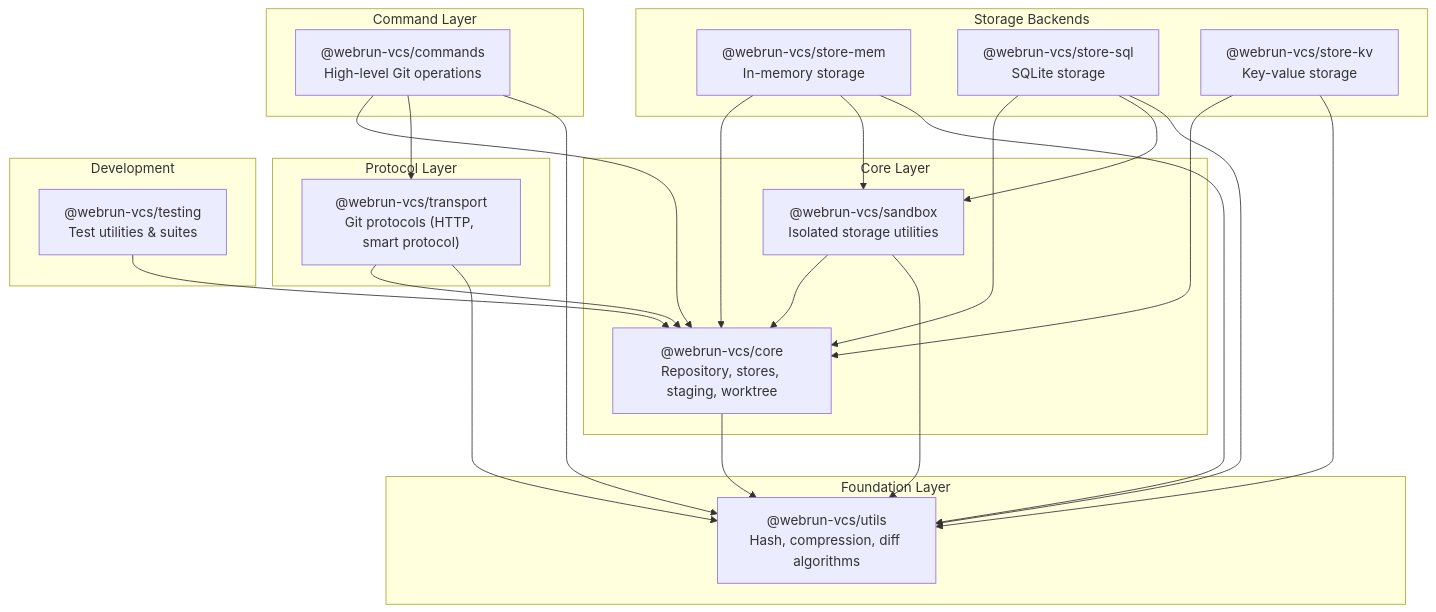
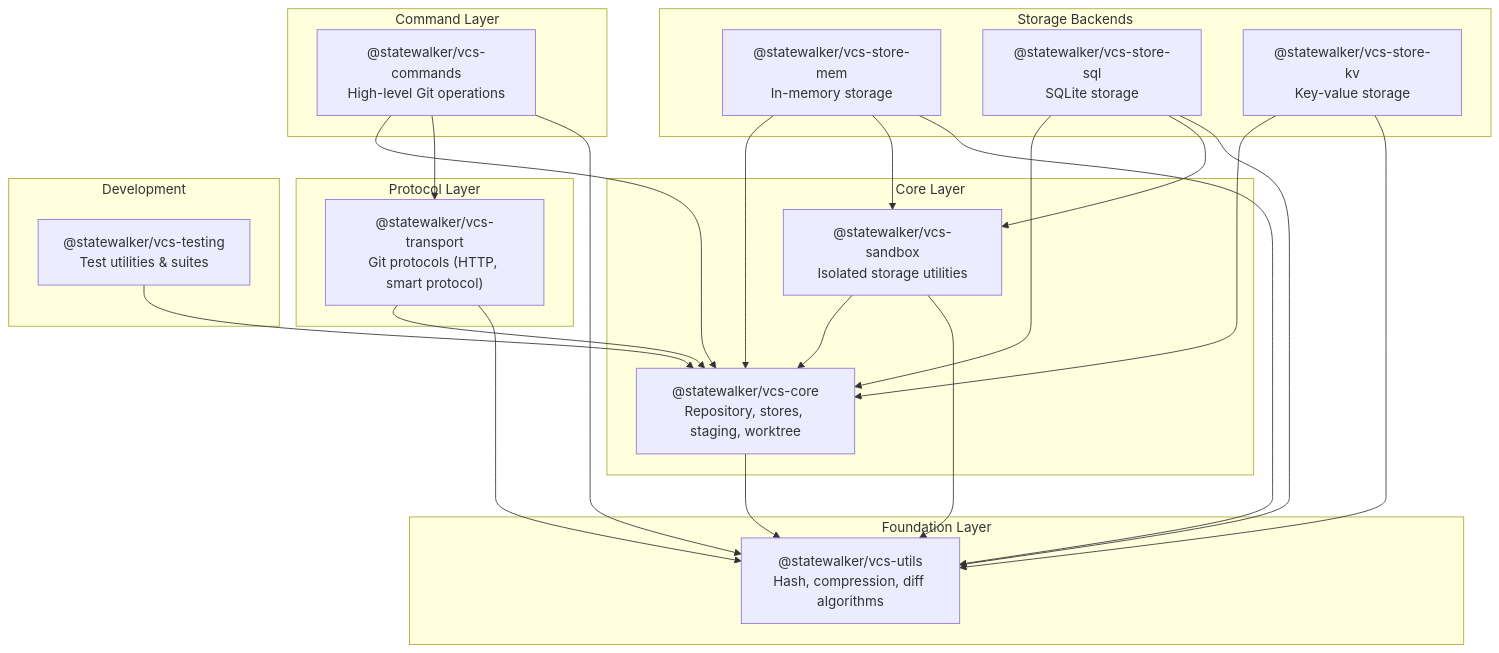
The diagram in docs/package-dependencies.md (statewalker/vcs), drawn with Mermaid before and after one commit. The commit also changed other lines of this file and 298 other files, not shown here.

First line of the commit message:
Rename packages from @webrun-vcs/* to @statewalker/vcs-*

````diff
--- a/docs/package-dependencies.md
+++ b/docs/package-dependencies.md
@@ -7,56 +7,56 @@
 ```mermaid
 graph TD
     subgraph "Command Layer"
-        commands["@webrun-vcs/commands<br/>High-level Git operations"]
+        commands["@statewalker/vcs-commands<br/>High-level Git operations"]
     end
 
     subgraph "Protocol Layer"
-        transport["@webrun-vcs/transport<br/>Git protocols (HTTP, smart protocol)"]
+        transport["@statewalker/vcs-transport<br/>Git protocols (HTTP, smart protocol)"]
     end
 
     subgraph "Storage Backends"
-        store-mem["@webrun-vcs/store-mem<br/>In-memory storage"]
-        store-sql["@webrun-vcs/store-sql<br/>SQLite storage"]
-        store-kv["@webrun-vcs/store-kv<br/>Key-value storage"]
+        store-mem["@statewalker/vcs-store-mem<br/>In-memory storage"]
+        store-sql["@statewalker/vcs-store-sql<br/>SQLite storage"]
+        store-kv["@statewalker/vcs-store-kv<br/>Key-value storage"]
     end
 
     subgraph "Core Layer"
-        core["@webrun-vcs/core<br/>Repository, stores, staging, worktree"]
-        sandbox["@webrun-vcs/sandbox<br/>Isolated storage utilities"]
+        core["@statewalker/vcs-core<br/>Repository, stores, staging, worktree"]
+        sandbox["@statewalker/vcs-sandbox<br/>Isolated storage utilities"]
     end
 
     subgraph "Foundation Layer"
-        utils["@webrun-vcs/utils<br/>Hash, compression, diff algorithms"]
+        utils["@statewalker/vcs-utils<br/>Hash, compression, diff algorithms"]
     end
 
     subgraph "Development"
-        testing["@webrun-vcs/testing<br/>Test utilities & suites"]
+        testing["@statewalker/vcs-testing<br/>Test utilities & suites"]
     end
 
     %% Command layer dependencies
     commands --> core
     commands --> transport
     commands --> utils
 
     %% Protocol layer dependencies
     transport --> core
     transport --> utils
 
     %% Storage backend dependencies
     store-mem --> core
     store-mem --> sandbox
     store-mem --> utils
     store-sql --> core
     store-sql --> sandbox
     store-sql --> utils
     store-kv --> core
     store-kv --> utils
 
     %% Core layer dependencies
     core --> utils
     sandbox --> core
     sandbox --> utils
 
     %% Development dependencies
     testing --> core
 ```
````
